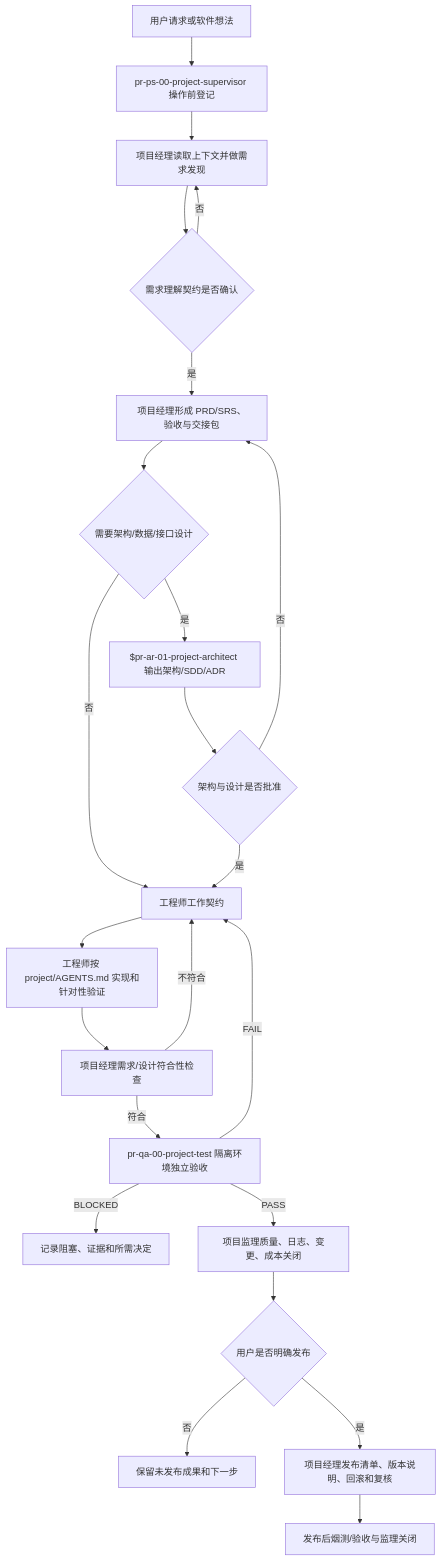
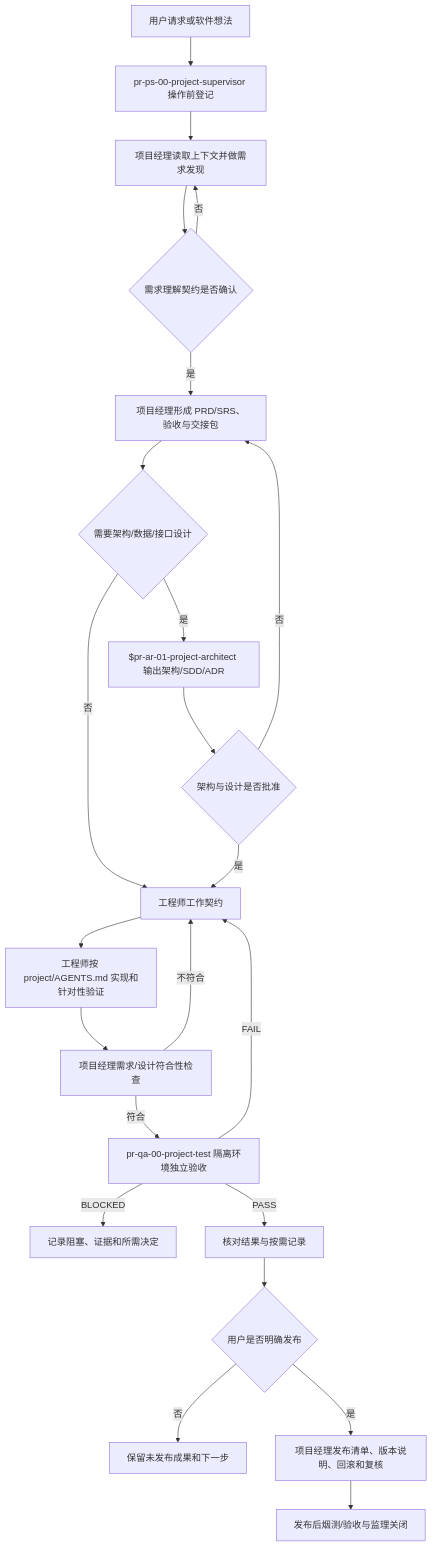
One commit to 1993zlorange/AI4AI4PROGRAMMING changed the diagram in AGENTS.md. Above: the diagram before and after it, drawn with Mermaid. The commit also changed other lines of this file and 10 other files, not shown here.

````diff
--- a/AGENTS.md
+++ b/AGENTS.md
@@ -99,25 +106,25 @@
 ```mermaid
 flowchart TD
     U[用户请求或软件想法] --> S0[pr-ps-00-project-supervisor 操作前登记]
     S0 --> M0[项目经理读取上下文并做需求发现]
     M0 --> D0{需求理解契约是否确认}
     D0 -->|否| M0
     D0 -->|是| M1[项目经理形成 PRD/SRS、验收与交接包]
     M1 --> A0{需要架构/数据/接口设计}
     A0 -->|是| A1[$pr-ar-01-project-architect 输出架构/SDD/ADR]
     A0 -->|否| E0[工程师工作契约]
     A1 --> A2{架构与设计是否批准}
     A2 -->|否| M1
     A2 -->|是| E0
     E0 --> E1[工程师按 project/AGENTS.md 实现和针对性验证]
     E1 --> PM0[项目经理需求/设计符合性检查]
     PM0 -->|不符合| E0
     PM0 -->|符合| T0[pr-qa-00-project-test 隔离环境独立验收]
     T0 -->|FAIL| E0
     T0 -->|BLOCKED| B0[记录阻塞、证据和所需决定]
-    T0 -->|PASS| Q0[项目监理质量、日志、变更、成本关闭]
+    T0 -->|PASS| Q0[核对结果与按需记录]
     Q0 --> R0{用户是否明确发布}
     R0 -->|否| C0[保留未发布成果和下一步]
     R0 -->|是| R1[项目经理发布清单、版本说明、回滚和复核]
     R1 --> R2[发布后烟测/验收与监理关闭]
 ```
````
